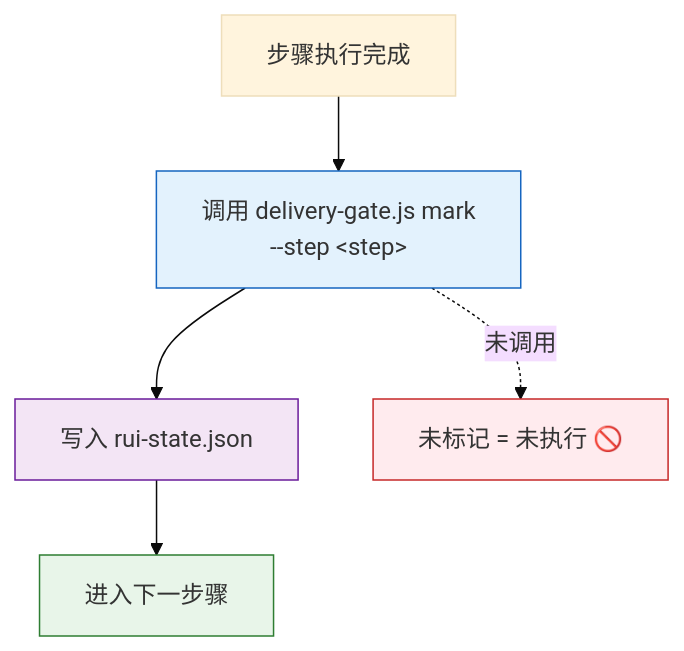
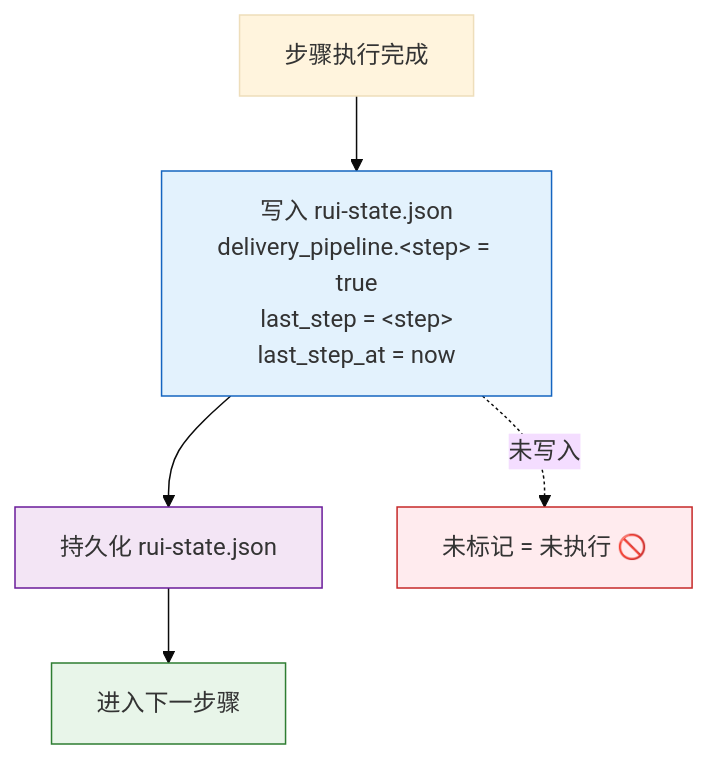
One commit to effiy/YrY changed the seventh of 10 diagrams in rules/delivery-gate.md. Above: the diagram before and after it, drawn with Mermaid (base theme). The commit also changed other lines of this file and 14 other files, not shown here.

````diff
--- a/rules/delivery-gate.md
+++ b/rules/delivery-gate.md
@@ -158,12 +158,12 @@
 ```mermaid
 flowchart TD
-    EXEC["步骤执行完成"] --> CALL["调用 delivery-gate.js mark<br/>--step &lt;step&gt;"]:::api
-    CALL --> WRITE["写入 rui-state.json"]:::state
+    EXEC["步骤执行完成"] --> CALL["写入 rui-state.json<br/>delivery_pipeline.&lt;step&gt; = true<br/>last_step = &lt;step&gt;<br/>last_step_at = now"]:::api
+    CALL --> WRITE["持久化 rui-state.json"]:::state
     WRITE --> NEXT["进入下一步骤"]:::next
-    CALL -.->|"未调用"| VIOL["未标记 = 未执行 🚫"]:::block
+    CALL -.->|"未写入"| VIOL["未标记 = 未执行 🚫"]:::block
 
     classDef api fill:#e3f2fd,stroke:#1565c0;
     classDef state fill:#f3e5f5,stroke:#6a1b9a;
     classDef next fill:#e8f5e9,stroke:#2e7d32;
     classDef block fill:#ffebee,stroke:#c62828;
 ```
````
